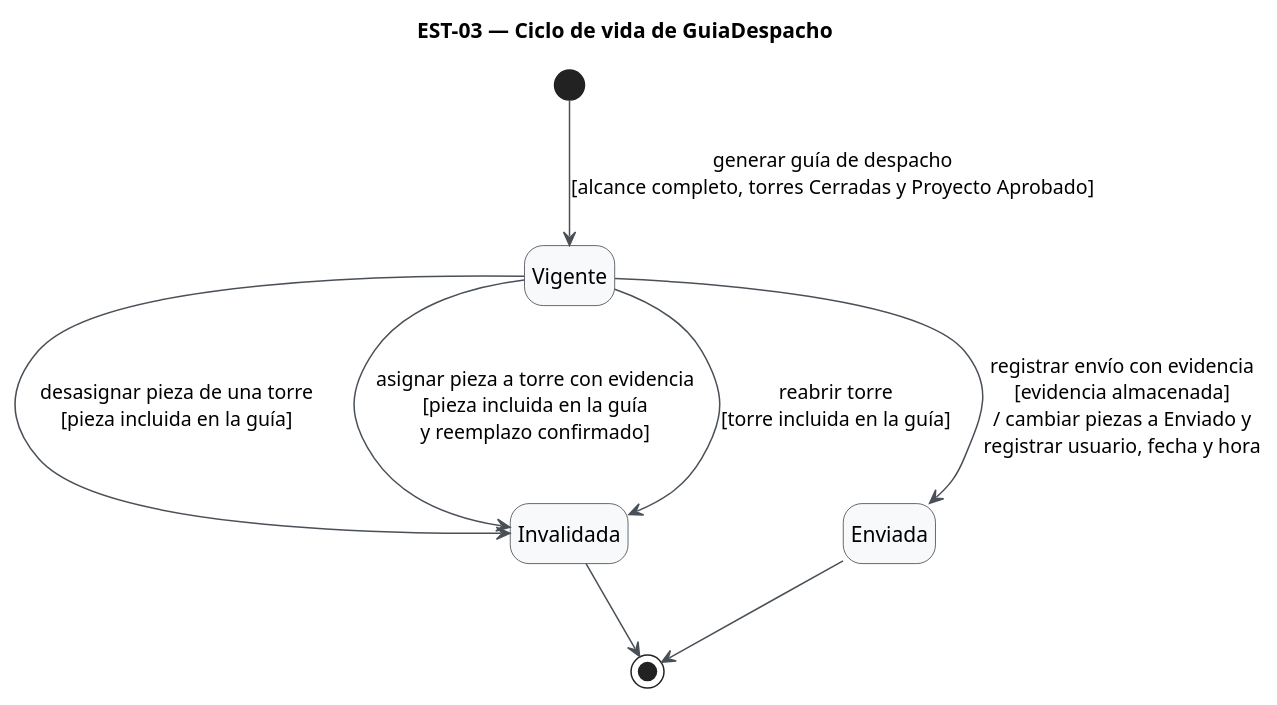
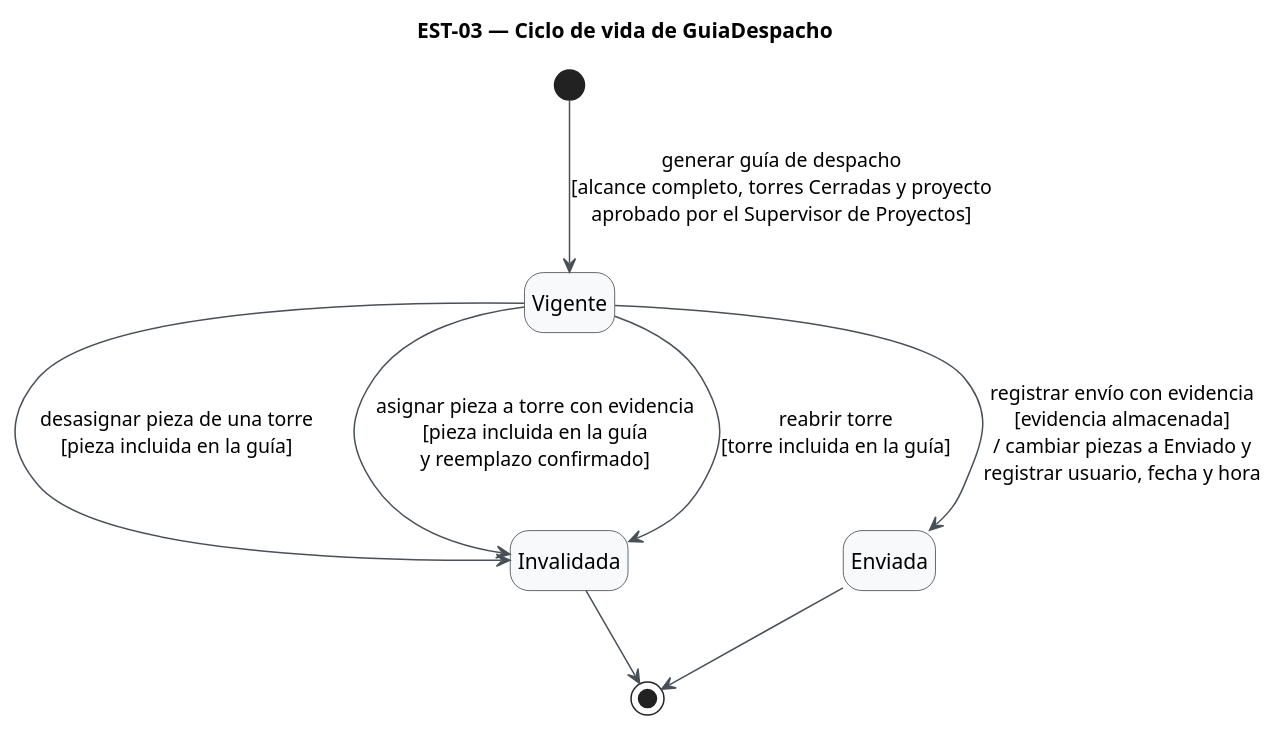
Before and after one commit to Foyzen-Kaze/snapsip: the diagram in diagramas/est-03.puml, drawn with PlantUML. The commit also changed 12 other files, not shown here.

Commit message:
Diagramas de estado y secuencia correccion

```diff
--- a/diagramas/est-03.puml
+++ b/diagramas/est-03.puml
@@ -1,20 +1,20 @@
 @startuml est-03
 title EST-03 — Ciclo de vida de GuiaDespacho
 hide empty description
 skinparam shadowing false
 skinparam state {
   BackgroundColor #F8F9FA
   BorderColor #343A40
   ArrowColor #495057
   StartColor #343A40
   EndColor #343A40
 }
 
-[*] --> Vigente : generar guía de despacho\n[alcance completo, torres Cerradas y Proyecto Aprobado]
+[*] --> Vigente : generar guía de despacho\n[alcance completo, torres Cerradas y proyecto\naprobado por el Supervisor de Proyectos]
 Vigente --> Invalidada : desasignar pieza de una torre\n[pieza incluida en la guía]
 Vigente --> Invalidada : asignar pieza a torre con evidencia\n[pieza incluida en la guía\ny reemplazo confirmado]
 Vigente --> Invalidada : reabrir torre\n[torre incluida en la guía]
 Vigente --> Enviada : registrar envío con evidencia\n[evidencia almacenada]\n/ cambiar piezas a Enviado y\nregistrar usuario, fecha y hora
 Invalidada --> [*]
 Enviada --> [*]
 @enduml
```
